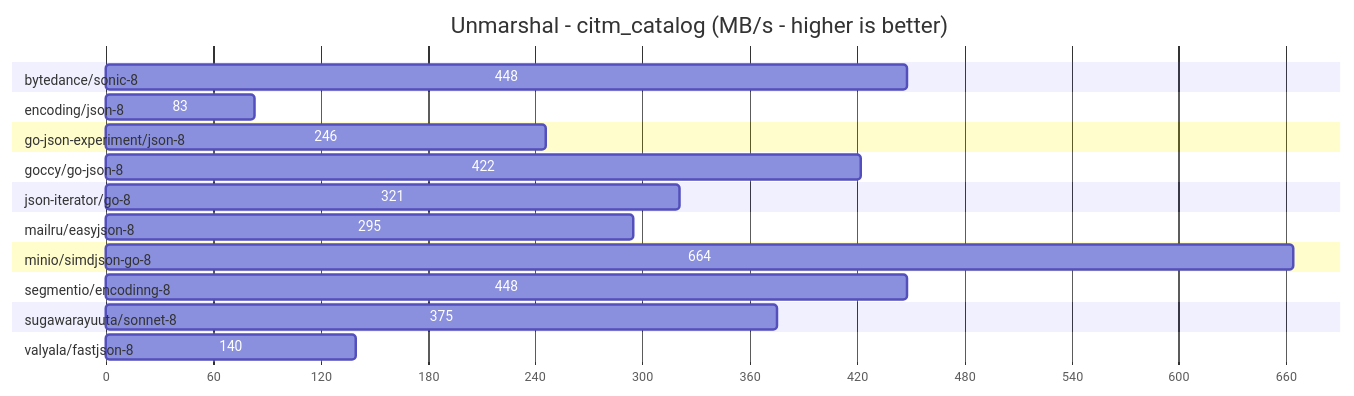
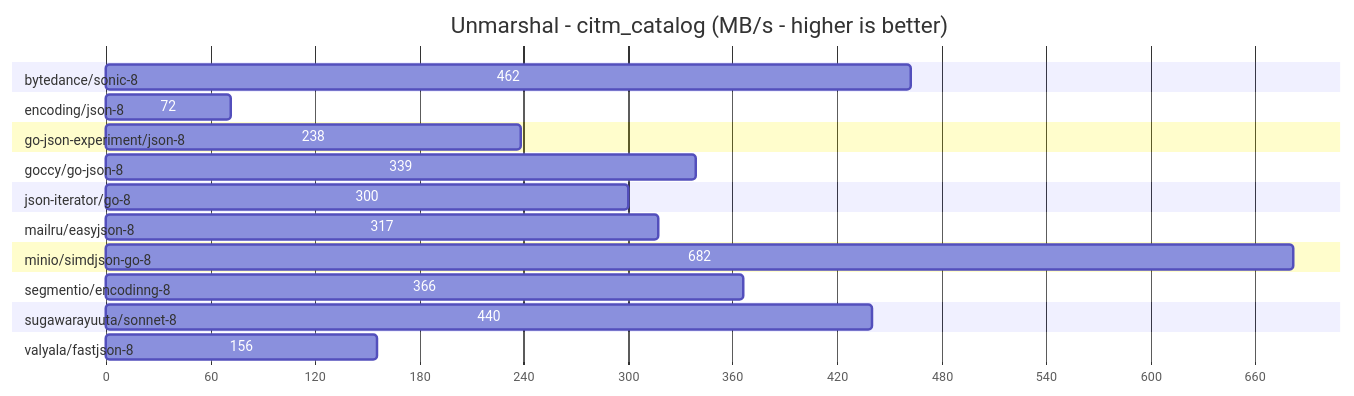
The eighth of 12 diagrams in README.md (spywiree-priv/go-json-benchmark), drawn with Mermaid before and after one commit. The commit also changed other lines of this file and 2 other files, not shown here.

````diff
--- a/README.md
+++ b/README.md
@@ -185,27 +185,27 @@
 ```mermaid
 gantt
 title Unmarshal - citm_catalog (MB/s - higher is better)
 dateFormat X
 axisFormat %s
 
 section bytedance/sonic-8                  
-448 :0, 448
+462 :0, 462
 section encoding/json-8                    
-83 :0, 83
+72 :0, 72
 section go-json-experiment/json-8          
-246 :0, 246
+238 :0, 238
 section goccy/go-json-8                    
-422 :0, 422
+339 :0, 339
 section json-iterator/go-8                 
-321 :0, 321
+300 :0, 300
 section mailru/easyjson-8                  
-295 :0, 295
+317 :0, 317
 section minio/simdjson-go-8                
-664 :0, 664
+682 :0, 682
 section segmentio/encodinng-8              
-448 :0, 448
+366 :0, 366
 section sugawarayuuta/sonnet-8             
-375 :0, 375
+440 :0, 440
 section valyala/fastjson-8                 
-140 :0, 140
+156 :0, 156
 ```
````
